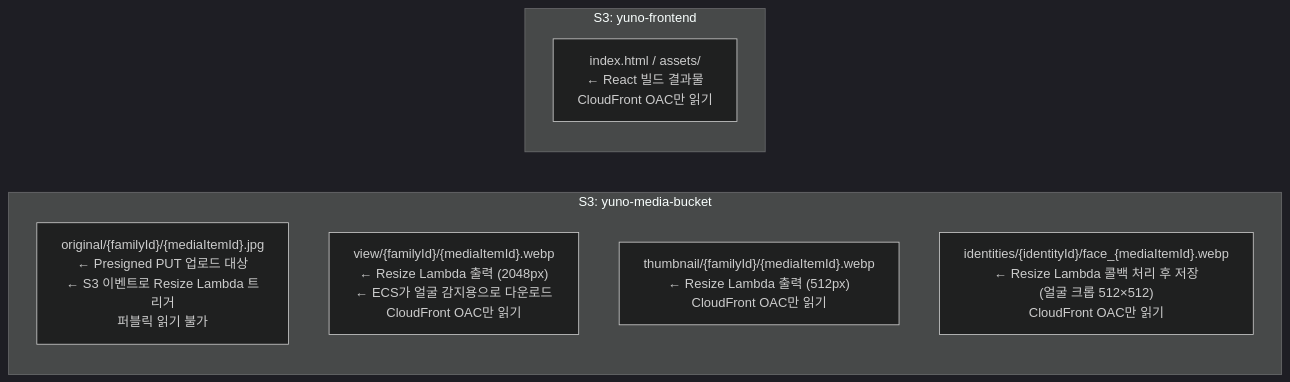
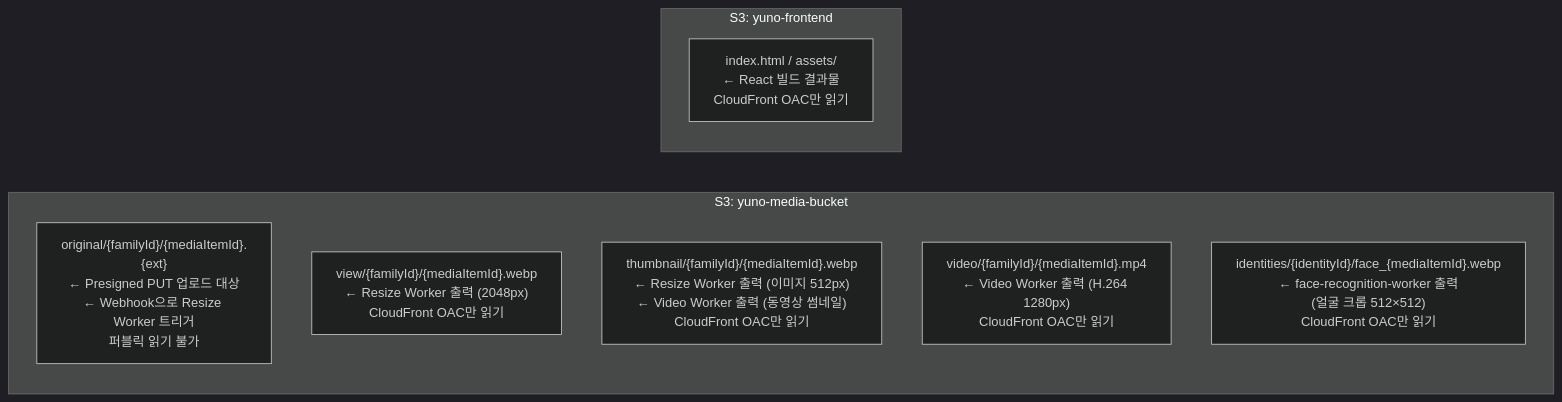
One commit to ywl0806/yuno_kiroku changed the sixth of 8 diagrams in docs/03-aws-infrastructure.md. Above: the diagram before and after it, drawn with Mermaid (dark theme). The commit also changed other lines of this file and 25 other files, not shown here.

````diff
--- a/docs/03-aws-infrastructure.md
+++ b/docs/03-aws-infrastructure.md
@@ -249,15 +318,16 @@
 ```mermaid
 graph LR
     subgraph S3_MEDIA["S3: yuno-media-bucket"]
         direction TB
-        ORIG["original/{familyId}/{mediaItemId}.jpg\n← Presigned PUT 업로드 대상\n← S3 이벤트로 Resize Lambda 트리거\n퍼블릭 읽기 불가"]
-        VIEW["view/{familyId}/{mediaItemId}.webp\n← Resize Lambda 출력 (2048px)\n← ECS가 얼굴 감지용으로 다운로드\nCloudFront OAC만 읽기"]
-        THUMB["thumbnail/{familyId}/{mediaItemId}.webp\n← Resize Lambda 출력 (512px)\nCloudFront OAC만 읽기"]
-        IDENT["identities/{identityId}/face_{mediaItemId}.webp\n← Resize Lambda 콜백 처리 후 저장\n(얼굴 크롭 512×512)\nCloudFront OAC만 읽기"]
+        ORIG["original/{familyId}/{mediaItemId}.{ext}\n← Presigned PUT 업로드 대상\n← Webhook으로 Resize Worker 트리거\n퍼블릭 읽기 불가"]
+        VIEW["view/{familyId}/{mediaItemId}.webp\n← Resize Worker 출력 (2048px)\nCloudFront OAC만 읽기"]
+        THUMB["thumbnail/{familyId}/{mediaItemId}.webp\n← Resize Worker 출력 (이미지 512px)\n← Video Worker 출력 (동영상 썸네일)\nCloudFront OAC만 읽기"]
+        VIDEO["video/{familyId}/{mediaItemId}.mp4\n← Video Worker 출력 (H.264 1280px)\nCloudFront OAC만 읽기"]
+        IDENT["identities/{identityId}/face_{mediaItemId}.webp\n← face-recognition-worker 출력\n(얼굴 크롭 512×512)\nCloudFront OAC만 읽기"]
     end
 
     subgraph S3_FRONT["S3: yuno-frontend"]
         direction TB
         STATIC["index.html / assets/\n← React 빌드 결과물\nCloudFront OAC만 읽기"]
     end
 ```
````
